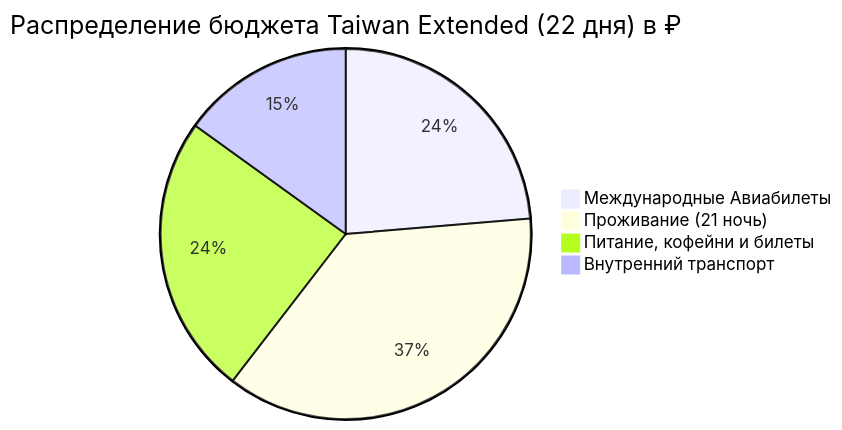
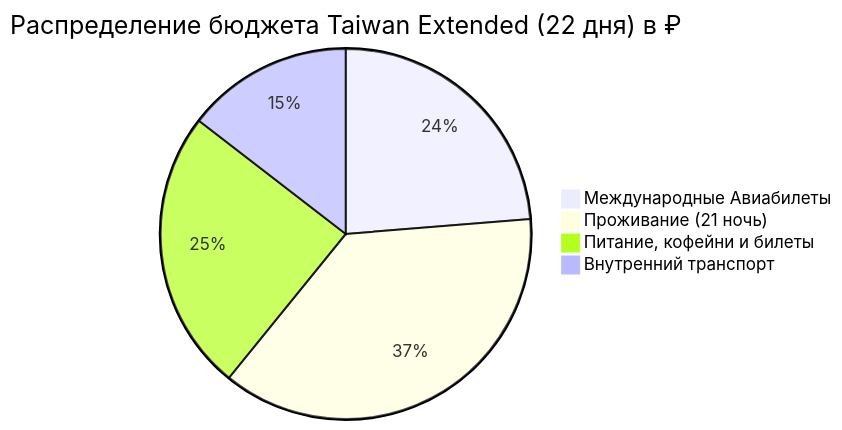
The diagram in Personal Note/Travel/-- Taiwan/04 - Финансы/Финансы (-- Taiwan Extended).md (injurka/obsidian-mark), drawn with Mermaid before and after one commit. The commit also changed other lines of this file and 42 other files, not shown here.

````diff
--- a/Personal Note/Travel/-- Taiwan/04 - Финансы/Финансы (-- Taiwan Extended).md
+++ b/Personal Note/Travel/-- Taiwan/04 - Финансы/Финансы (-- Taiwan Extended).md
@@ -9,7 +9,7 @@
 ```mermaid
 pie title Распределение бюджета Taiwan Extended (22 дня) в ₽
     "Международные Авиабилеты" : 58000
-    "Проживание (21 ночь)" : 90100
-    "Питание, кофейни и билеты" : 60000
-    "Внутренний транспорт" : 36900
+    "Проживание (21 ночь)" : 90860
+    "Питание, кофейни и билеты" : 60200
+    "Внутренний транспорт" : 35560
 ```
````
